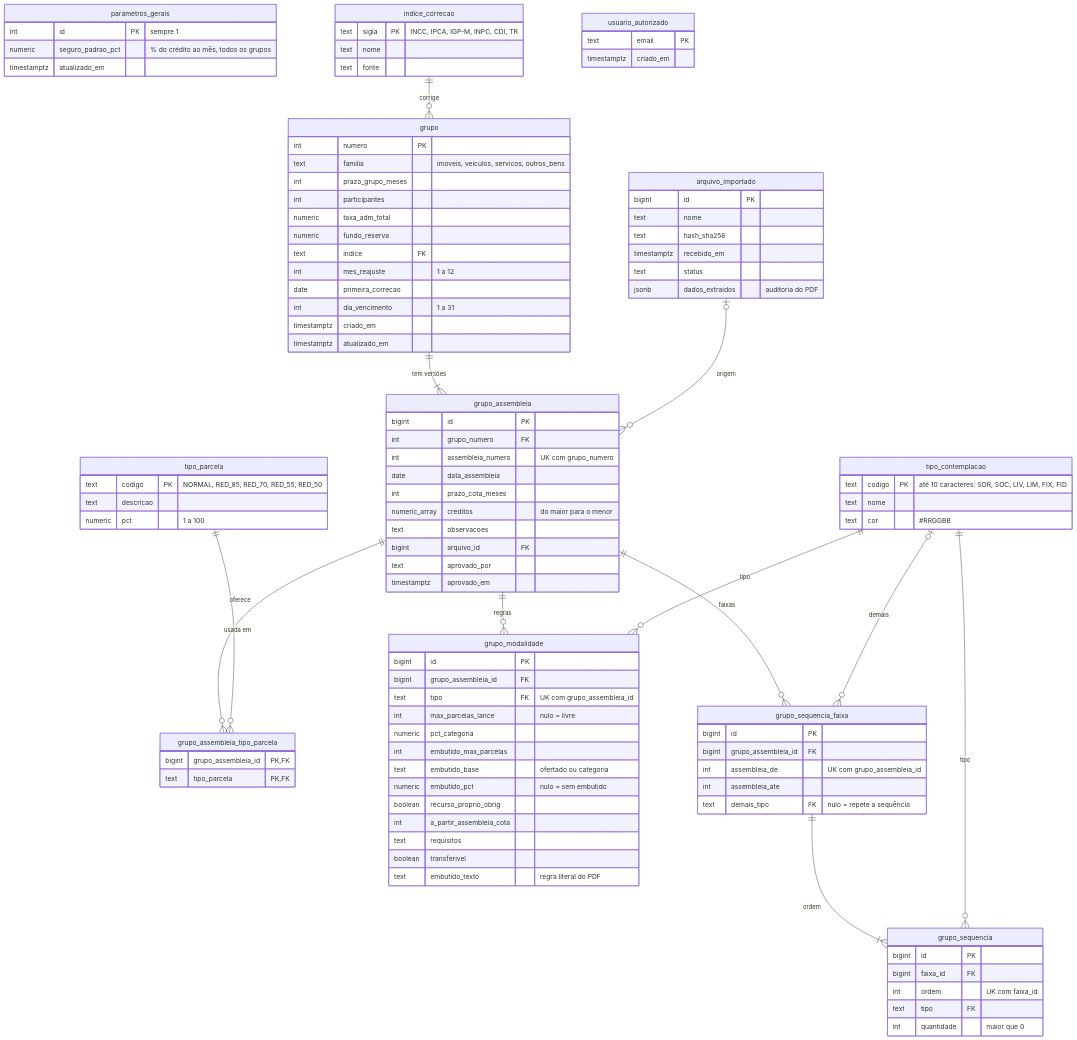
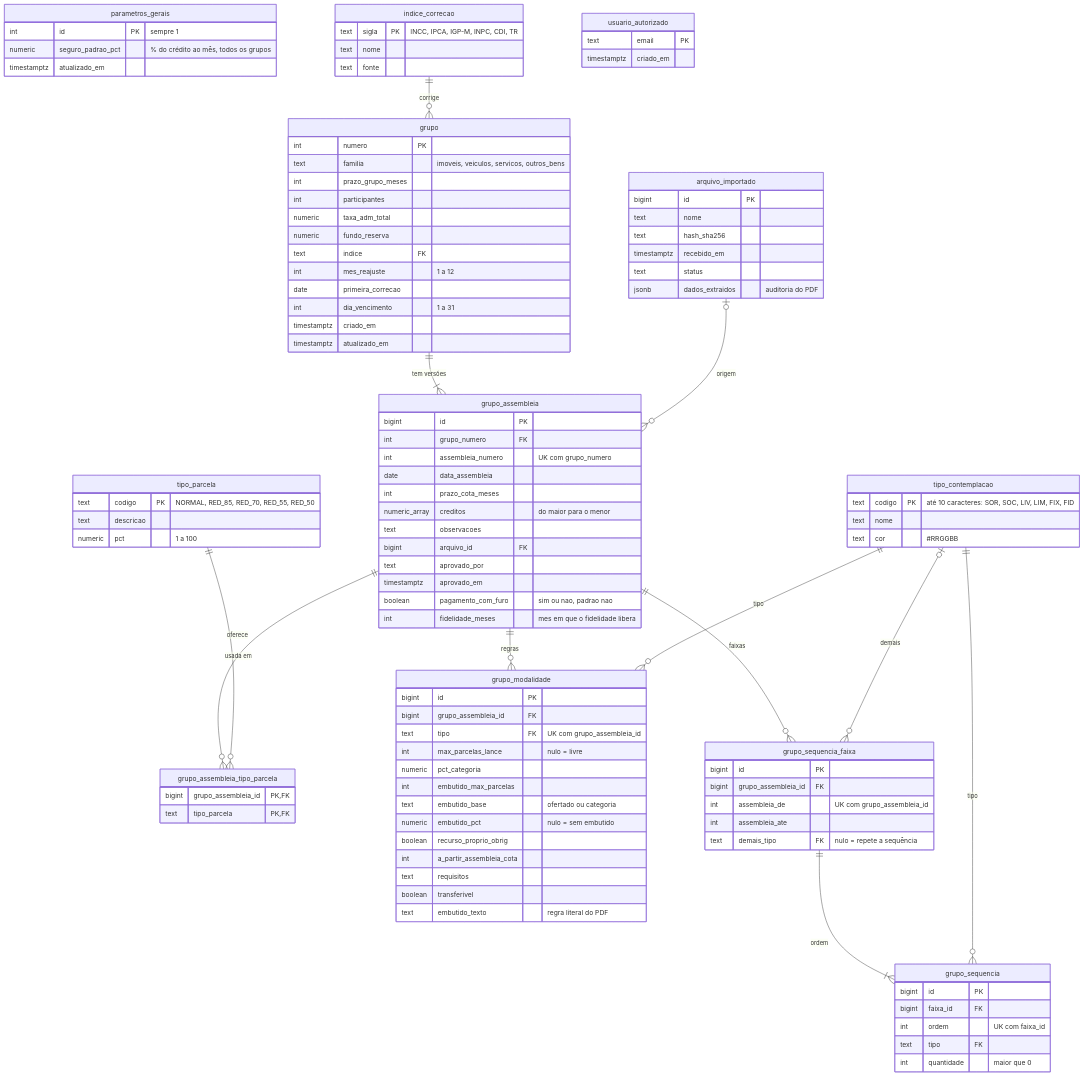
Before and after one commit to vladimic/dinastia: the diagram in docs/MER.md, drawn with Mermaid. The commit also changed other lines of this file and 6 other files, not shown here.

First line of the commit message:
0018 · Sequência numa linha só com fidelidade, campo fidelidade_meses, tooltip refeito

```diff
--- a/docs/MER.md
+++ b/docs/MER.md
@@ -67,6 +68,8 @@
         bigint arquivo_id FK
         text aprovado_por
         timestamptz aprovado_em
+        boolean pagamento_com_furo "sim ou nao, padrao nao"
+        int fidelidade_meses "mes em que o fidelidade libera"
     }
 
     grupo_assembleia_tipo_parcela {
```
